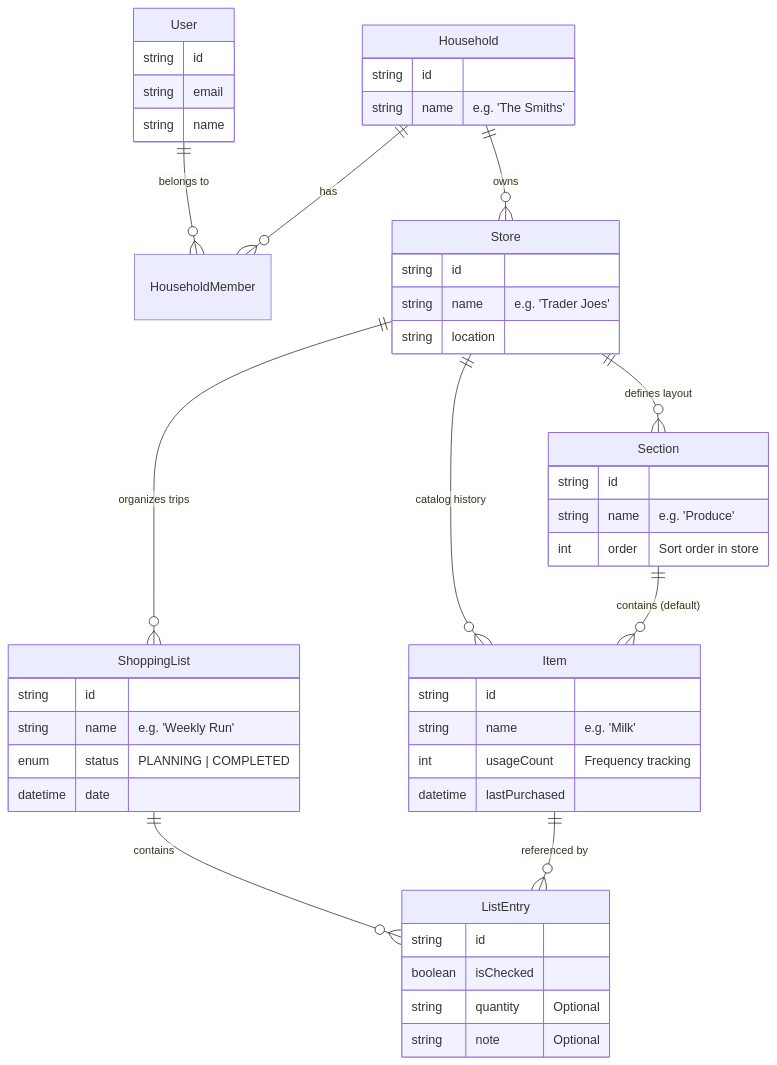
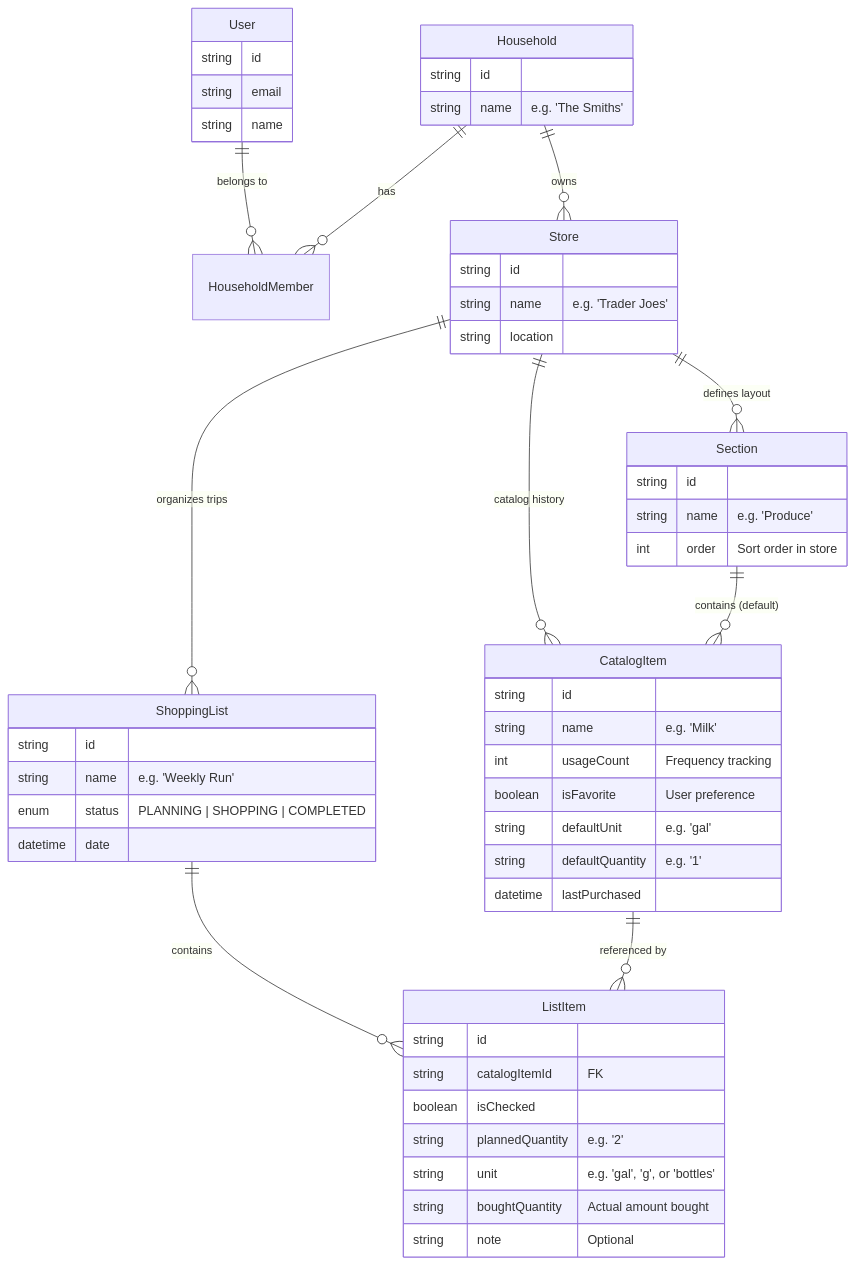
Before and after one commit to chaixdev/grocerun: the diagram in wiki/developer-guide/domain_model.md, drawn with Mermaid. The commit also changed other lines of this file and 51 other files, not shown here.

````diff
--- a/wiki/developer-guide/domain_model.md
+++ b/wiki/developer-guide/domain_model.md
@@ -7,59 +7,65 @@
 ```mermaid
 erDiagram
     User ||--o{ HouseholdMember : "belongs to"
     Household ||--o{ HouseholdMember : "has"
     Household ||--o{ Store : "owns"
     
     Store ||--o{ Section : "defines layout"
-    Store ||--o{ Item : "catalog history"
+    Store ||--o{ CatalogItem : "catalog history"
     Store ||--o{ ShoppingList : "organizes trips"
     
-    Section ||--o{ Item : "contains (default)"
+    Section ||--o{ CatalogItem : "contains (default)"
     
-    ShoppingList ||--o{ ListEntry : "contains"
-    Item ||--o{ ListEntry : "referenced by"
+    ShoppingList ||--o{ ListItem : "contains"
+    CatalogItem ||--o{ ListItem : "referenced by"
 
     User {
         string id
         string email
         string name
     }
 
     Household {
         string id
         string name "e.g. 'The Smiths'"
     }
 
     Store {
         string id
         string name "e.g. 'Trader Joes'"
         string location
     }
 
     Section {
         string id
         string name "e.g. 'Produce'"
         int order "Sort order in store"
     }
 
-    Item {
+    CatalogItem {
         string id
         string name "e.g. 'Milk'"
         int usageCount "Frequency tracking"
+        boolean isFavorite "User preference"
+        string defaultUnit "e.g. 'gal'"
+        string defaultQuantity "e.g. '1'"
         datetime lastPurchased
     }
 
     ShoppingList {
         string id
         string name "e.g. 'Weekly Run'"
-        enum status "PLANNING | COMPLETED"
+        enum status "PLANNING | SHOPPING | COMPLETED"
         datetime date
     }
 
-    ListEntry {
+    ListItem {
         string id
+        string catalogItemId "FK"
         boolean isChecked
-        string quantity "Optional"
+        string plannedQuantity "e.g. '2'"
+        string unit "e.g. 'gal', 'g', or 'bottles'"
+        string boughtQuantity "Actual amount bought"
         string note "Optional"
     }
 ```
````
